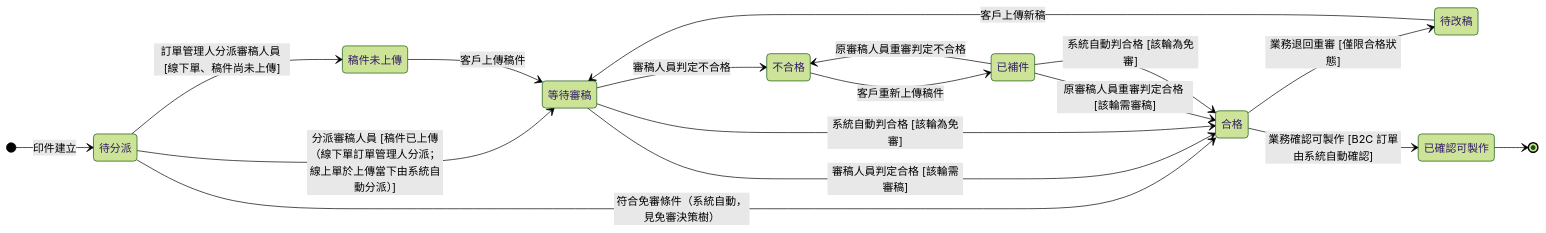
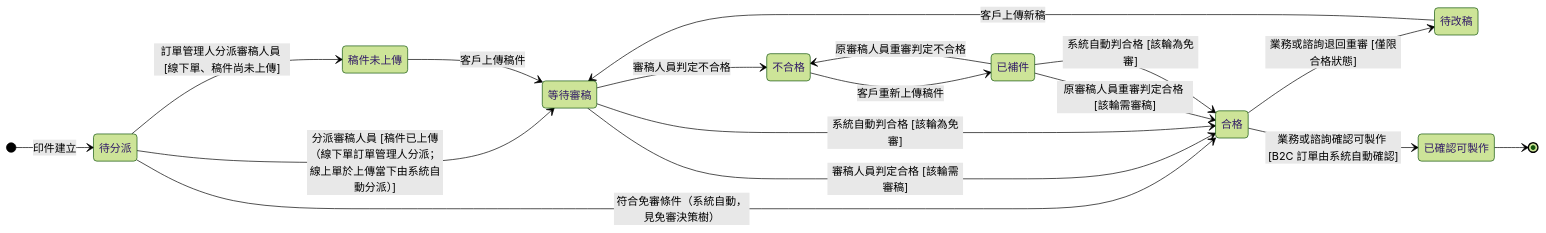
Before and after one commit to Kawato-Miles/erp-spec: the first of 2 diagrams in memory/Sens_wiki/wiki/erp/06-state-machines/印件狀態.md, drawn with Mermaid (forest theme). The commit also changed other lines of this file and 30 other files, not shown here.

````diff
--- a/memory/Sens_wiki/wiki/erp/06-state-machines/印件狀態.md
+++ b/memory/Sens_wiki/wiki/erp/06-state-machines/印件狀態.md
@@ -71,32 +71,32 @@
 ```mermaid
 stateDiagram-v2
     direction LR
 
     [*] --> r_unassigned : 印件建立
 
     state "待分派" as r_unassigned
     state "稿件未上傳" as r_none
     state "等待審稿" as r_waiting
     state "不合格" as r_failed
     state "已補件" as r_resub
     state "合格" as r_passed
     state "待改稿" as r_revise
     state "已確認可製作" as r_confirmed
 
     r_unassigned --> r_none : 訂單管理人分派審稿人員 [線下單、稿件尚未上傳]
     r_unassigned --> r_waiting : 分派審稿人員 [稿件已上傳（線下單訂單管理人分派；線上單於上傳當下由系統自動分派）]
     r_unassigned --> r_passed : 符合免審條件（系統自動，見免審決策樹）
     r_none --> r_waiting : 客戶上傳稿件
     r_waiting --> r_passed : 審稿人員判定合格 [該輪需審稿]
     r_waiting --> r_passed : 系統自動判合格 [該輪為免審]
     r_waiting --> r_failed : 審稿人員判定不合格
     r_failed --> r_resub : 客戶重新上傳稿件
     r_resub --> r_passed : 原審稿人員重審判定合格 [該輪需審稿]
     r_resub --> r_passed : 系統自動判合格 [該輪為免審]
     r_resub --> r_failed : 原審稿人員重審判定不合格
-    r_passed --> r_confirmed : 業務確認可製作 [B2C 訂單由系統自動確認]
-    r_passed --> r_revise : 業務退回重審 [僅限合格狀態]
+    r_passed --> r_confirmed : 業務或諮詢確認可製作 [B2C 訂單由系統自動確認]
+    r_passed --> r_revise : 業務或諮詢退回重審 [僅限合格狀態]
     r_revise --> r_waiting : 客戶上傳新稿
 
     r_confirmed --> [*]
 ```
````
